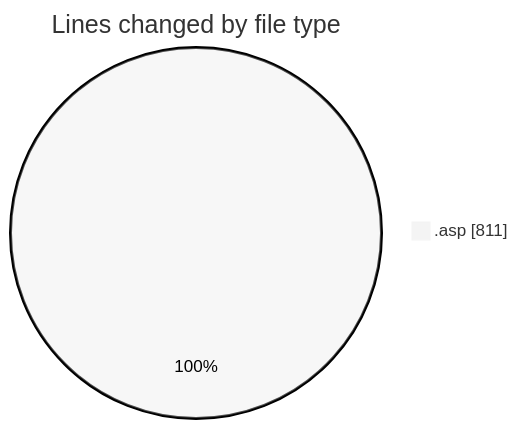
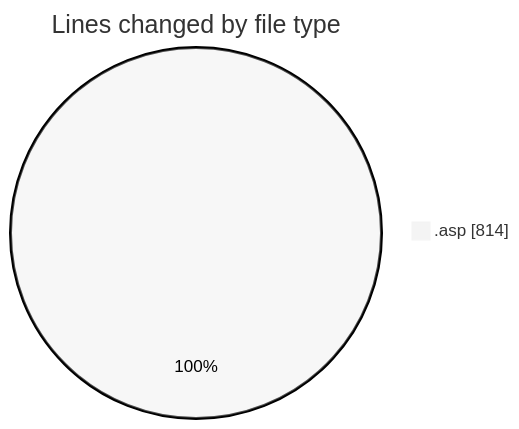
The first of 2 diagrams in 2025-10-28/usr_aleoudev_fr__workspace_/README.md (julien-gomy/code-tracking), drawn with Mermaid (neutral theme) before and after one commit. The commit also changed other lines of this file and 1 other file, not shown here.

````diff
--- a/2025-10-28/usr_aleoudev_fr__workspace_/README.md
+++ b/2025-10-28/usr_aleoudev_fr__workspace_/README.md
@@ -23,5 +23,5 @@
 ```mermaid
 pie showData
 title Lines changed by file type
-".asp" : 811
+".asp" : 814
 ```
````
